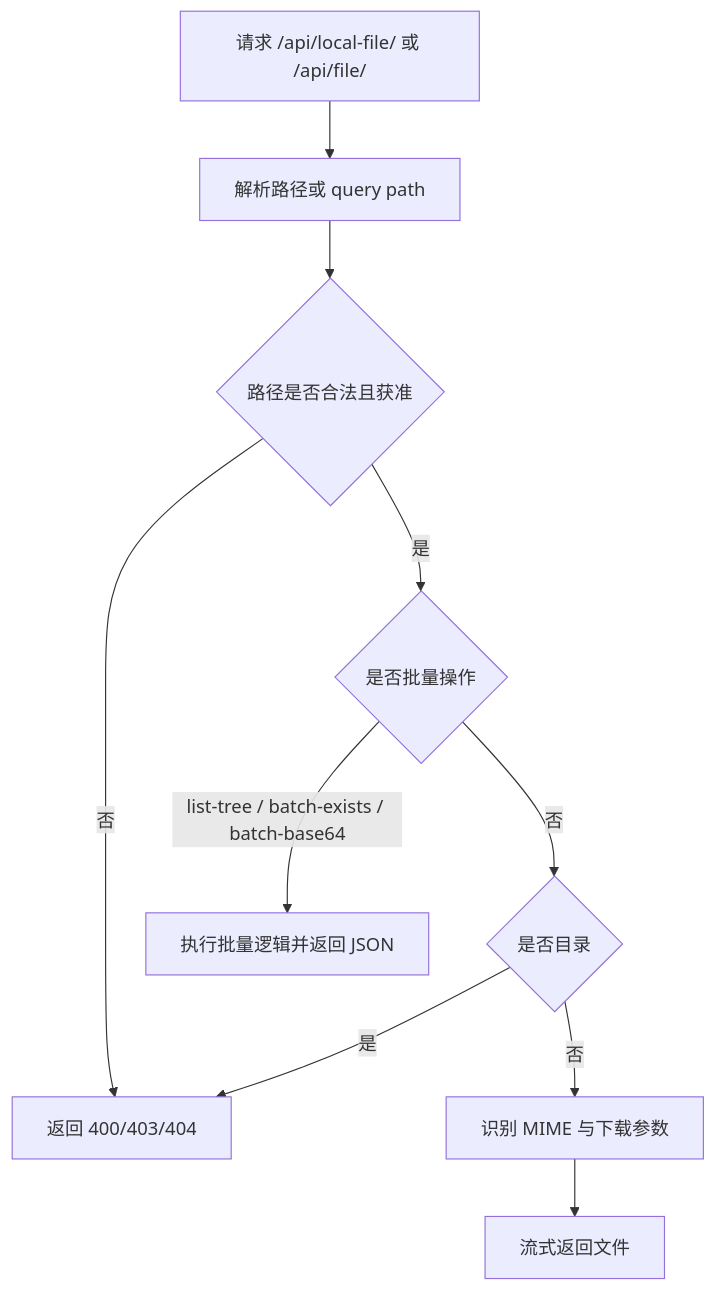
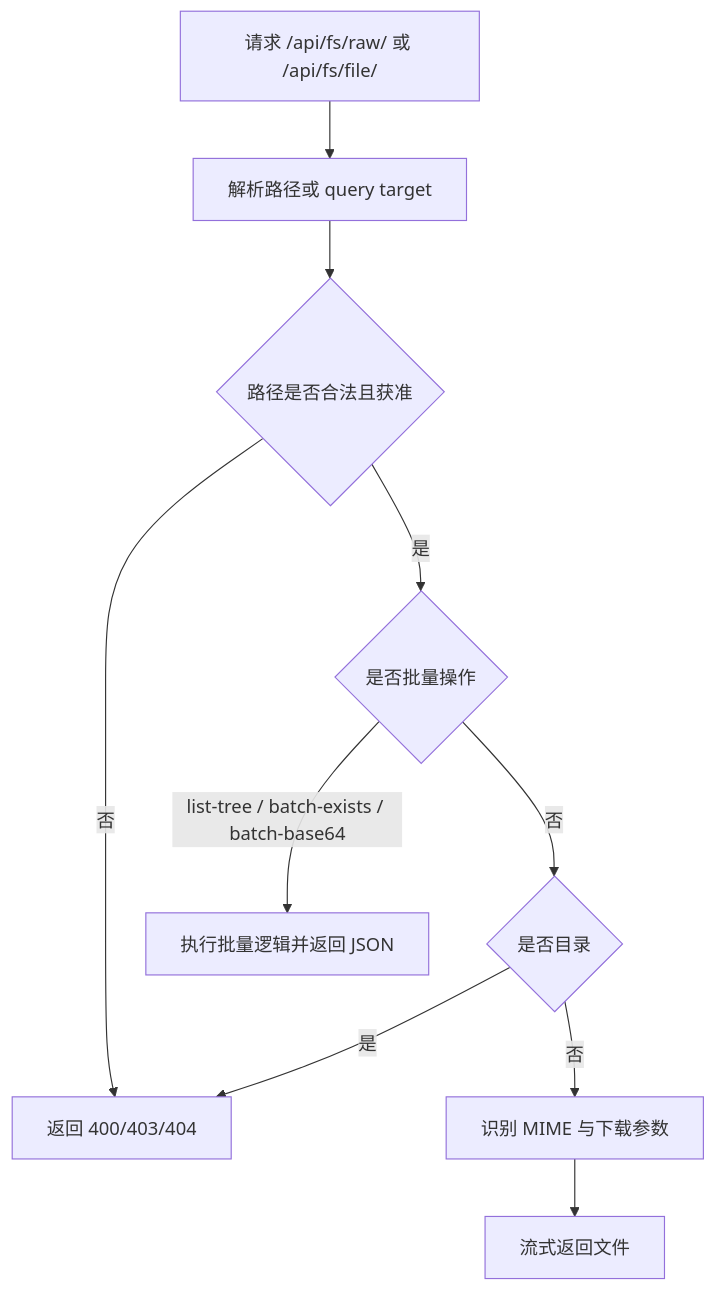
Before and after one commit to clawbench-dev/clawbench: the diagram in docs/spec/infra/local-file-serving.md, drawn with Mermaid. The commit also changed other lines of this file and 76 other files, not shown here.

````diff
--- a/docs/spec/infra/local-file-serving.md
+++ b/docs/spec/infra/local-file-serving.md
@@ -9,12 +9,12 @@
 ```mermaid
 flowchart TD
-    A[请求 /api/local-file/ 或 /api/file/] --> B[解析路径或 query path]
+    A[请求 /api/fs/raw/ 或 /api/fs/file/] --> B[解析路径或 query target]
     B --> C{路径是否合法且获准}
     C -->|否| D[返回 400/403/404]
     C -->|是| E{是否批量操作}
     E -->|list-tree / batch-exists / batch-base64| H[执行批量逻辑并返回 JSON]
     E -->|否| F{是否目录}
     F -->|是| D
     F -->|否| G[识别 MIME 与下载参数]
     G --> I[流式返回文件]
 ```
````
